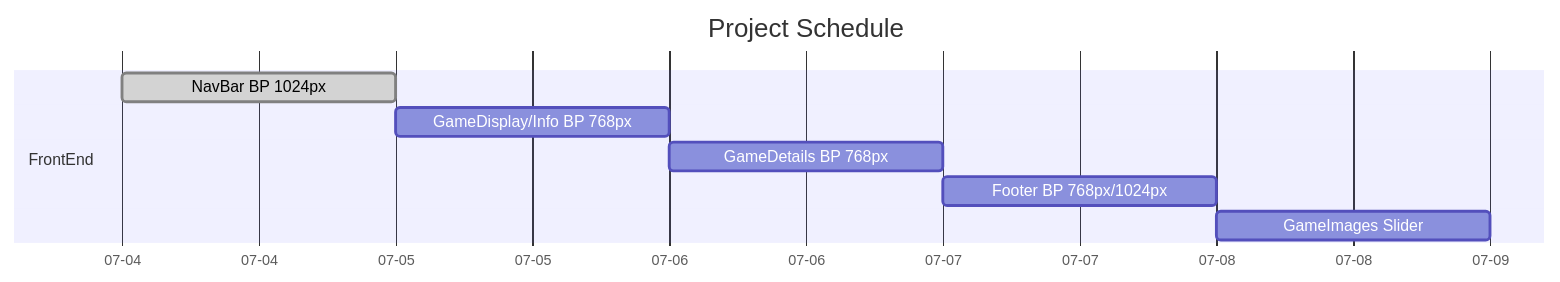
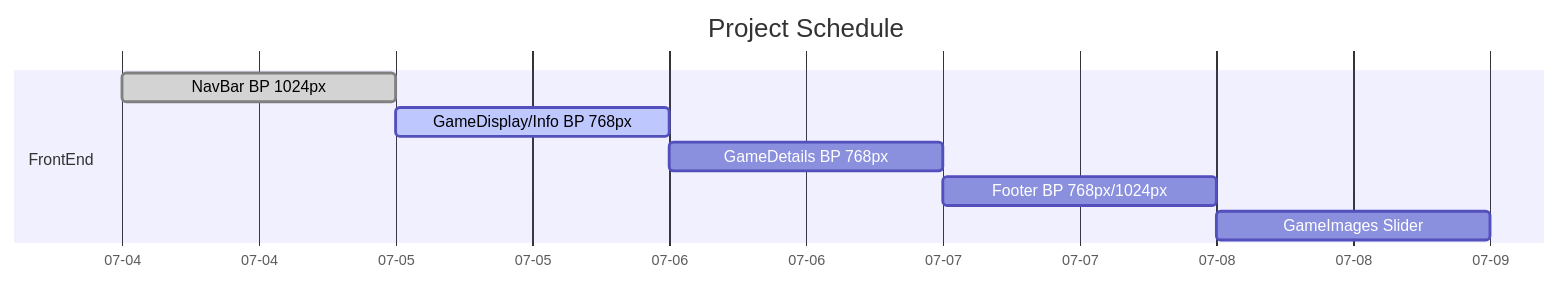
Before and after one commit to RafaelM011/Nintendo_Website: the diagram in README.md, drawn with Mermaid. The commit also changed 2 other files, not shown here.

Commit message:
gamedisplay responsive done

````diff
--- a/README.md
+++ b/README.md
@@ -12,12 +12,12 @@
 ```mermaid
     gantt
         title Project Schedule
         dateFormat MM-DD
         axisFormat %m-%d
         section FrontEnd
             NavBar BP 1024px                :done, 07-04, 1d
-            GameDisplay/Info BP 768px       : 07-05, 1d
+            GameDisplay/Info BP 768px       :active, 07-05, 1d
             GameDetails BP 768px            : 07-06, 1d
             Footer BP 768px/1024px          : 07-07, 1d
             GameImages Slider               : 07-08, 1d
 ```
````
